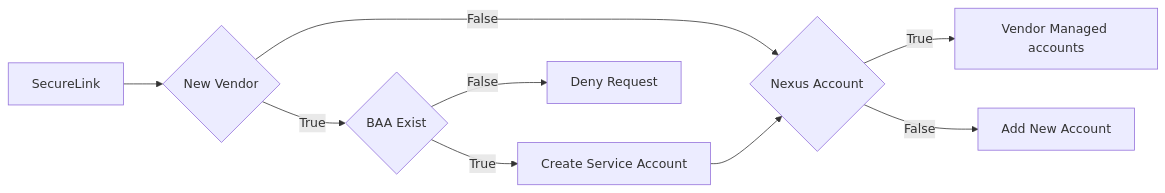
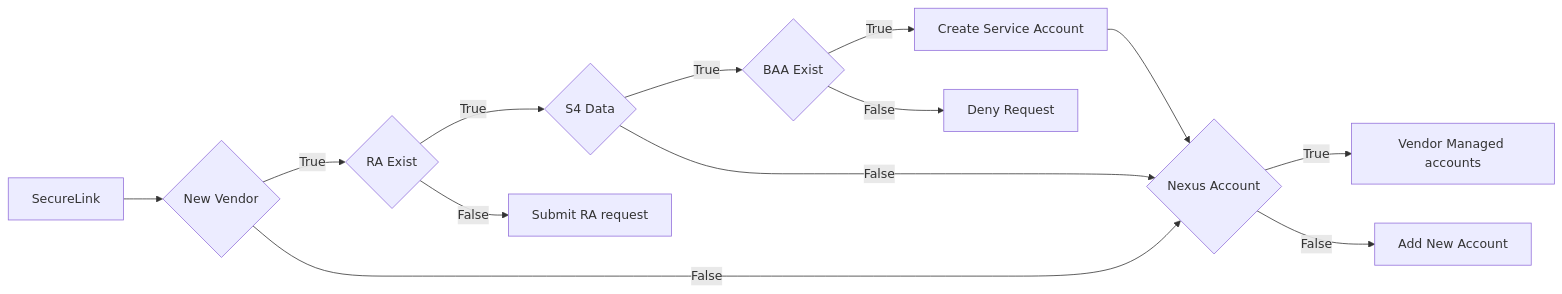
Before and after one commit to stahler/MermaidDiagrams: the diagram in SecureLink.md, drawn with Mermaid.

````diff
--- a/SecureLink.md
+++ b/SecureLink.md
@@ -2,11 +2,15 @@
 ```mermaid
 flowchart LR
     A[SecureLink] --> B{New Vendor}
-    B --> |True| C{BAA Exist}
+    B --> |True| R{RA Exist}
+    R --> |True| S4{S4 Data}
+    R --> |False| Q[Submit RA request]
+    S4 --> |True| C{BAA Exist} 
+    S4 --> |False| F
     B --> |False| F{Nexus Account}
     F --> |True| G[Vendor Managed accounts]
     F --> |False| H[Add New Account]
     C --> |True| D[Create Service Account]
     D --> F 
     C --> |False| I[Deny Request]
 ```
````
